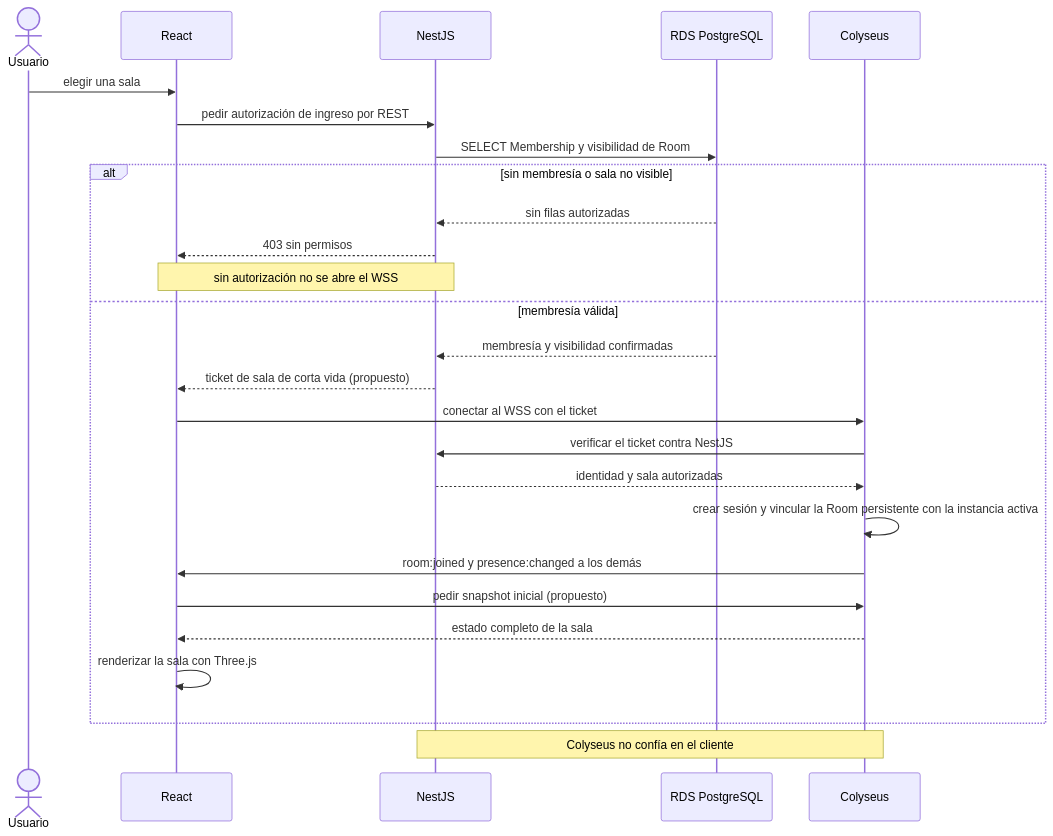
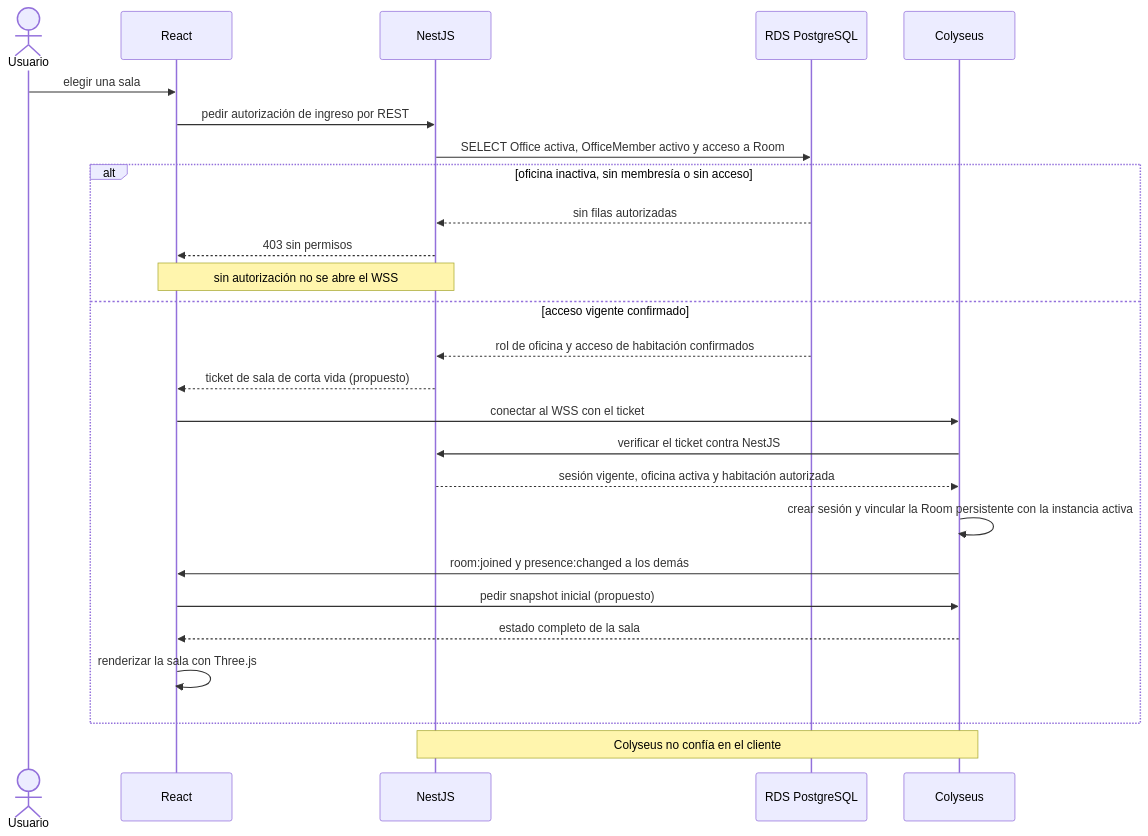
The second of 7 diagrams in docs/diagrams/04-behavioral/core-flows.md (Agustin742/integratec-final-back), drawn with Mermaid before and after one commit. The commit also changed other lines of this file, not shown here.

Commit message:
docs(diagrams): reconcile core sequences with the functional baseline

````diff
--- a/docs/diagrams/04-behavioral/core-flows.md
+++ b/docs/diagrams/04-behavioral/core-flows.md
@@ -68,29 +68,29 @@
 ```mermaid
 sequenceDiagram
     actor user as Usuario
     participant web as React
     participant api as NestJS
     participant db as RDS PostgreSQL
     participant colyseus as Colyseus
 
     user->>web: elegir una sala
     web->>api: pedir autorización de ingreso por REST
-    api->>db: SELECT Membership y visibilidad de Room
-    alt sin membresía o sala no visible
+    api->>db: SELECT Office activa, OfficeMember activo y acceso a Room
+    alt oficina inactiva, sin membresía o sin acceso
         db-->>api: sin filas autorizadas
         api-->>web: 403 sin permisos
         Note over web,api: sin autorización no se abre el WSS
-    else membresía válida
-        db-->>api: membresía y visibilidad confirmadas
+    else acceso vigente confirmado
+        db-->>api: rol de oficina y acceso de habitación confirmados
         api-->>web: ticket de sala de corta vida (propuesto)
         web->>colyseus: conectar al WSS con el ticket
         colyseus->>api: verificar el ticket contra NestJS
-        api-->>colyseus: identidad y sala autorizadas
+        api-->>colyseus: sesión vigente, oficina activa y habitación autorizada
         colyseus->>colyseus: crear sesión y vincular la Room persistente con la instancia activa
         colyseus->>web: room:joined y presence:changed a los demás
         web->>colyseus: pedir snapshot inicial (propuesto)
         colyseus-->>web: estado completo de la sala
         web->>web: renderizar la sala con Three.js
     end
     Note over api,colyseus: Colyseus no confía en el cliente
 ```
````
